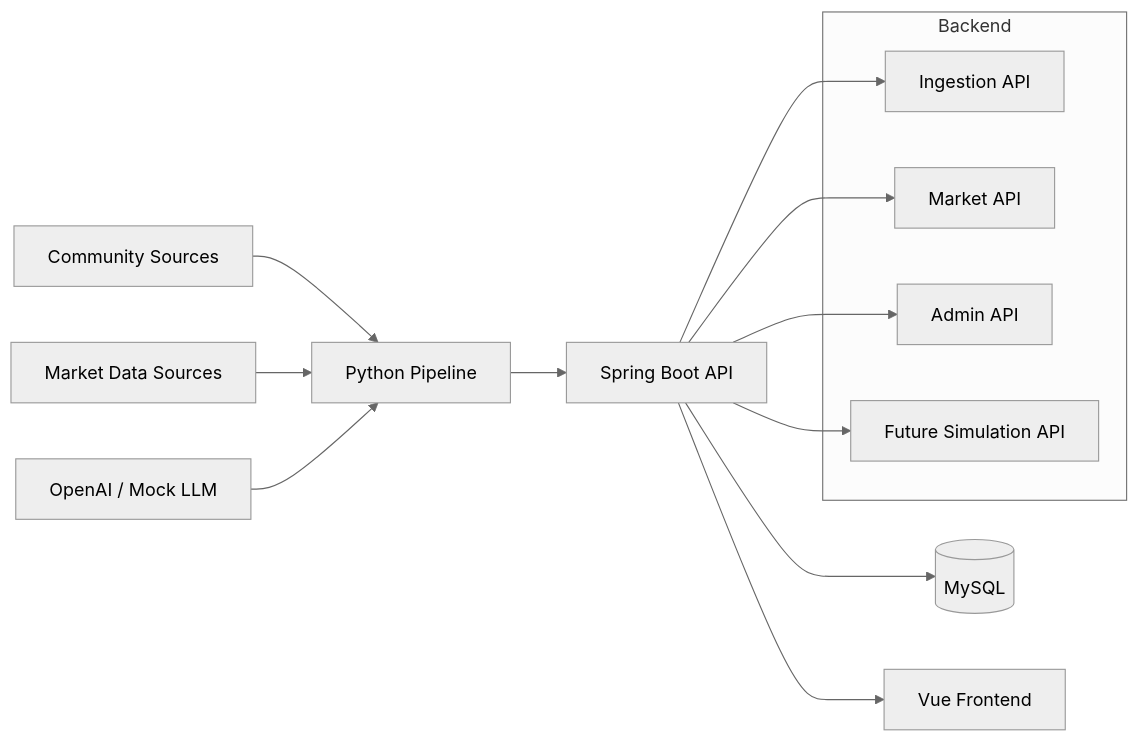
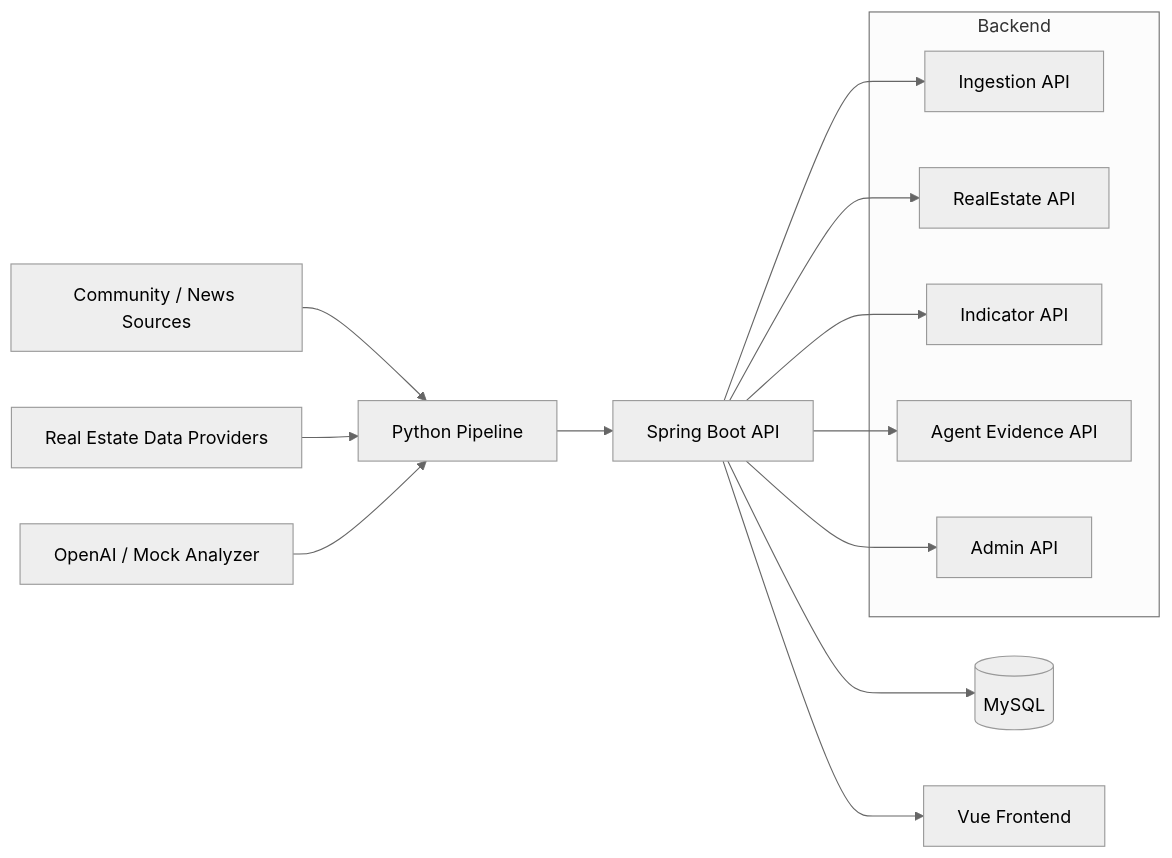
Before and after one commit to 99hyuk/YouBuyFirst_RealEstate: the second of 2 diagrams in README.md, drawn with Mermaid (neutral theme). The commit also changed other lines of this file and 70 other files, not shown here.

Commit message:
Bootstrap real estate service refactor

````diff
--- a/README.md
+++ b/README.md
@@ -78,22 +72,24 @@
 ```mermaid
 flowchart LR
-  S1["Community Sources"] --> P["Python Pipeline"]
-  S2["Market Data Sources"] --> P
-  L["OpenAI / Mock LLM"] --> P
+  S1["Community / News Sources"] --> P["Python Pipeline"]
+  S2["Real Estate Data Providers"] --> P
+  L["OpenAI / Mock Analyzer"] --> P
 
   P --> API["Spring Boot API"]
   API --> DB[("MySQL")]
   API --> UI["Vue Frontend"]
 
   subgraph Backend
     API1["Ingestion API"]
-    API2["Market API"]
-    API3["Admin API"]
-    API4["Future Simulation API"]
+    API2["RealEstate API"]
+    API3["Indicator API"]
+    API4["Agent Evidence API"]
+    API5["Admin API"]
   end
 
   API --> API1
   API --> API2
   API --> API3
   API --> API4
+  API --> API5
 ```
````
